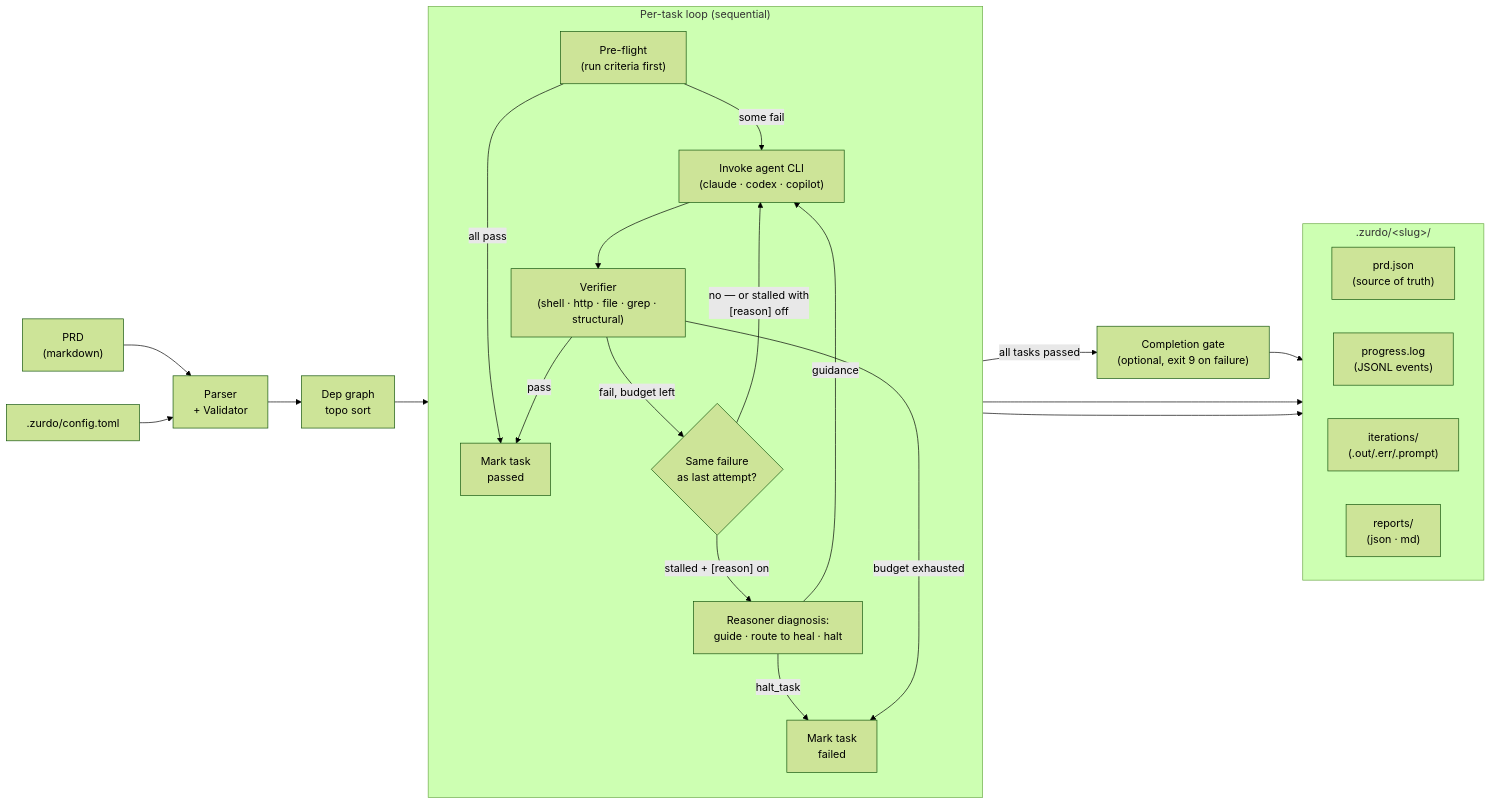
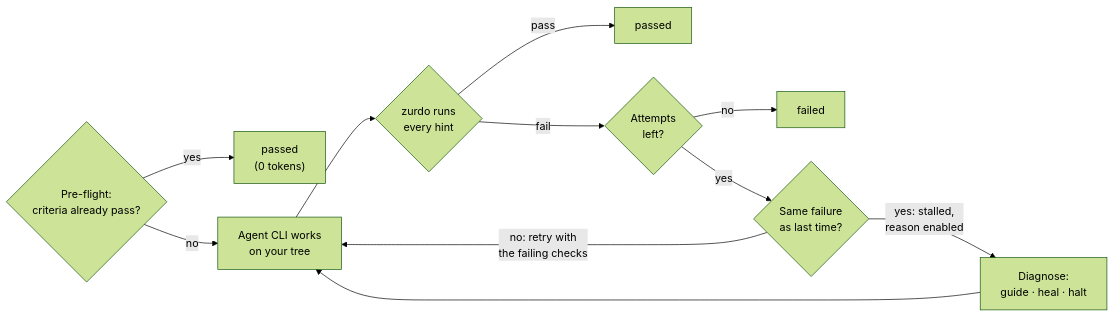
One commit to NumeronAI/zurdo.github.io changed the first of 2 diagrams in docs/how-it-works.md. Above: the diagram before and after it, drawn with Mermaid (forest theme). The commit also changed other lines of this file and 17 other files, not shown here.

````diff
--- a/docs/how-it-works.md
+++ b/docs/how-it-works.md
@@ -33,34 +26,13 @@
 ```mermaid
 flowchart LR
-    PRD["PRD<br/>(markdown)"] --> PARSE["Parser<br/>+ Validator"]
-    CONFIG[".zurdo/config.toml"] --> PARSE
-    PARSE --> GRAPH["Dep graph<br/>topo sort"]
-    GRAPH --> LOOP
-
-    subgraph LOOP ["Per-task loop (sequential)"]
-        direction TB
-        PREFLIGHT["Pre-flight<br/>(run criteria first)"] -->|all pass| DONE
-        PREFLIGHT -->|some fail| AGENT["Invoke agent CLI<br/>(claude · codex · copilot)"]
-        AGENT --> VERIFY["Verifier<br/>(shell · http · file · grep · structural)"]
-        VERIFY -->|pass| DONE["Mark task<br/>passed"]
-        VERIFY -->|fail, budget left| STALLQ{"Same failure<br/>as last attempt?"}
-        STALLQ -->|"no — or stalled with<br/>[reason] off"| AGENT
-        STALLQ -->|"stalled + [reason] on"| DIAG["Reasoner diagnosis:<br/>guide · route to heal · halt"]
-        DIAG -->|guidance| AGENT
-        DIAG -->|halt_task| FAIL
-        VERIFY -->|budget exhausted| FAIL["Mark task<br/>failed"]
-    end
-
-    DONE --> STATE
-    FAIL --> STATE
-    LOOP -->|"all tasks passed"| GATE["Completion gate<br/>(optional, exit 9 on failure)"]
-    GATE --> STATE
-
-    subgraph STATE [".zurdo/&lt;slug&gt;/"]
-        direction LR
-        PRDJSON["prd.json<br/>(source of truth)"]
-        PROGLOG["progress.log<br/>(JSONL events)"]
-        ITERS["iterations/<br/>(.out/.err/.prompt)"]
-        REPORTS["reports/<br/>(json · md)"]
-    end
+    PRE{"Pre-flight:<br/>criteria already pass?"} -->|yes| FREE["passed<br/>(0 tokens)"]
+    PRE -->|no| AGENT["Agent CLI works<br/>on your tree"]
+    AGENT --> VERIFY{"zurdo runs<br/>every hint"}
+    VERIFY -->|pass| PASS["passed"]
+    VERIFY -->|fail| BUDGET{"Attempts<br/>left?"}
+    BUDGET -->|no| FAIL["failed"]
+    BUDGET -->|yes| STALL{"Same failure<br/>as last time?"}
+    STALL -->|"no: retry with<br/>the failing checks"| AGENT
+    STALL -->|"yes: stalled,<br/>reason enabled"| DIAG["Diagnose:<br/>guide · heal · halt"]
+    DIAG --> AGENT
 ```
````
